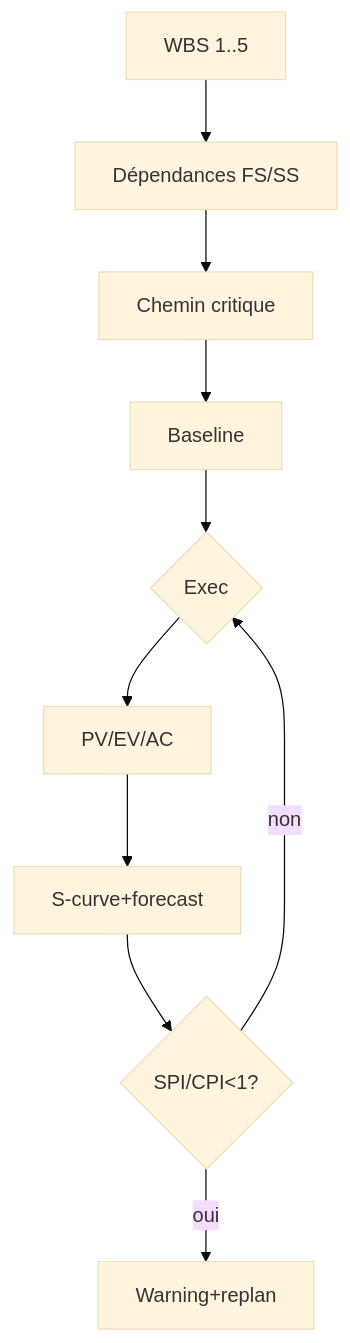
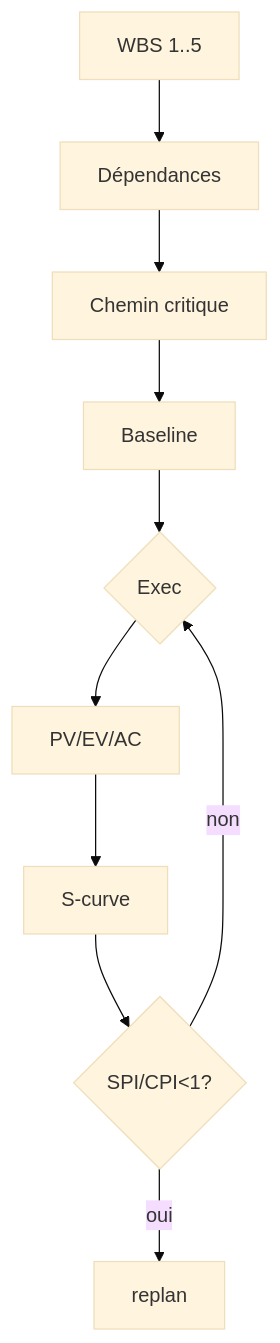
The fifth of 7 diagrams in docs/REFONTE_PMO_EPC_OVERVIEW.md (gedservices/pmo_epc), drawn with Mermaid (base theme) before and after one commit. The commit also changed other lines of this file and 6 other files, not shown here.

````diff
--- a/docs/REFONTE_PMO_EPC_OVERVIEW.md
+++ b/docs/REFONTE_PMO_EPC_OVERVIEW.md
@@ -118,12 +97,12 @@
 ```mermaid
 flowchart TD
-  A[WBS 1..5] --> B[Dépendances FS/SS]
+  A[WBS 1..5] --> B[Dépendances]
   B --> C[Chemin critique]
   C --> D[Baseline]
   D --> E{Exec}
   E --> F[PV/EV/AC]
-  F --> G[S-curve+forecast]
+  F --> G[S-curve]
   G --> H{SPI/CPI<1?}
-  H -->|oui| I[Warning+replan]
+  H -->|oui| I[replan]
   H -->|non| E
 ```
````
